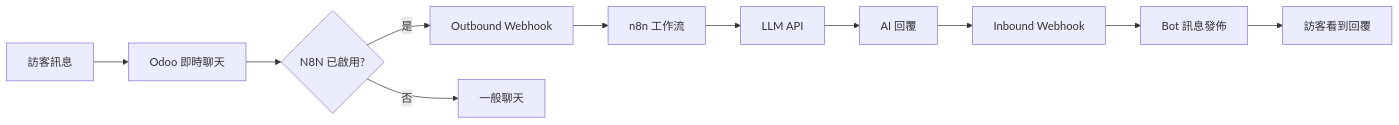
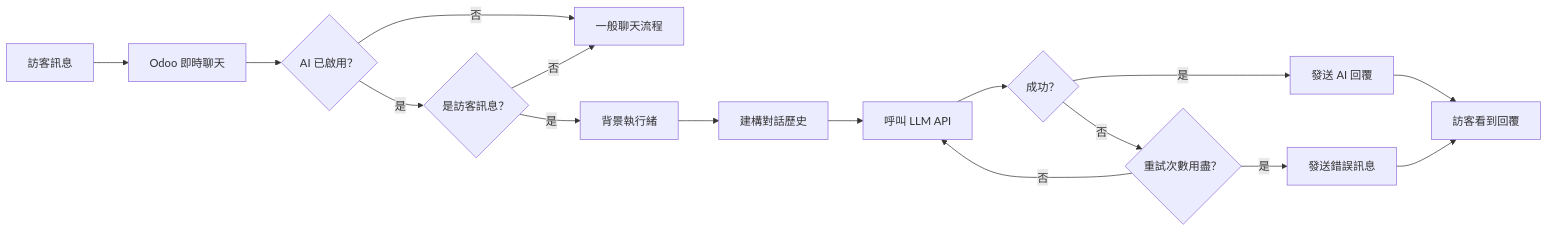
Before and after one commit to WOOWTECH/Woow_odoo_ai_livechat: the second of 2 diagrams in README_zh-TW.md, drawn with Mermaid. The commit also changed other lines of this file and 62 other files, not shown here.

````diff
--- a/README_zh-TW.md
+++ b/README_zh-TW.md
@@ -115,13 +134,18 @@
 ```mermaid
 flowchart LR
     A[訪客訊息] --> B[Odoo 即時聊天]
-    B --> C{N8N 已啟用?}
-    C -->|是| D[Outbound Webhook]
-    C -->|否| E[一般聊天]
-    D --> F[n8n 工作流]
-    F --> G[LLM API]
-    G --> H[AI 回覆]
-    H --> I[Inbound Webhook]
-    I --> J[Bot 訊息發佈]
-    J --> K[訪客看到回覆]
+    B --> C{AI 已啟用？}
+    C -->|是| D{是訪客訊息？}
+    C -->|否| E[一般聊天流程]
+    D -->|是| F[背景執行緒]
+    D -->|否| E
+    F --> G[建構對話歷史]
+    G --> H[呼叫 LLM API]
+    H --> I{成功？}
+    I -->|是| J[發送 AI 回覆]
+    I -->|否| K{重試次數用盡？}
+    K -->|否| H
+    K -->|是| L[發送錯誤訊息]
+    J --> M[訪客看到回覆]
+    L --> M
 ```
````
